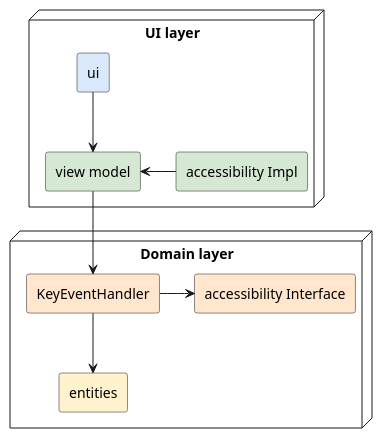
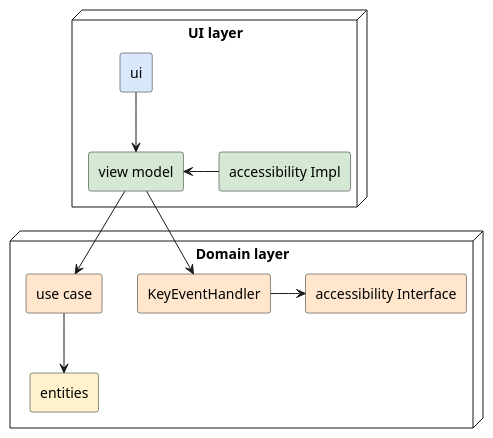
One commit to miguelhincapie/AccessibilityCases changed the diagram in docs/diagrams/architecture.puml. Above: the diagram before and after it, drawn with PlantUML. The commit also changed 1 other file, not shown here.

Commit message:
- Architecture diagram updated

```diff
--- a/docs/diagrams/architecture.puml
+++ b/docs/diagrams/architecture.puml
@@ -1,19 +1,21 @@
 @startuml
 node "UI layer" {
     rectangle "ui" as ui #DAE8FC
     rectangle "view model" as viewmodel #D5E8D4
     rectangle "accessibility Impl" as accUI #D5E8D4
 }
 
 node "Domain layer" as domainlayer {
     rectangle "accessibility Interface" as accDomain #FFE6CC
     rectangle "KeyEventHandler" as keyEventHandler #FFE6CC
     rectangle "entities" as entities #FFF2CC
+    rectangle "use case" as usecase #FFE6CC
 }
 
 ui --> viewmodel
 viewmodel --> keyEventHandler
-keyEventHandler --> entities
+viewmodel --> usecase
+usecase --> entities
 accUI -left-> viewmodel
 keyEventHandler -right-> accDomain
 @enduml
```
